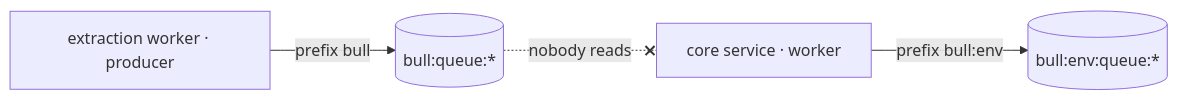
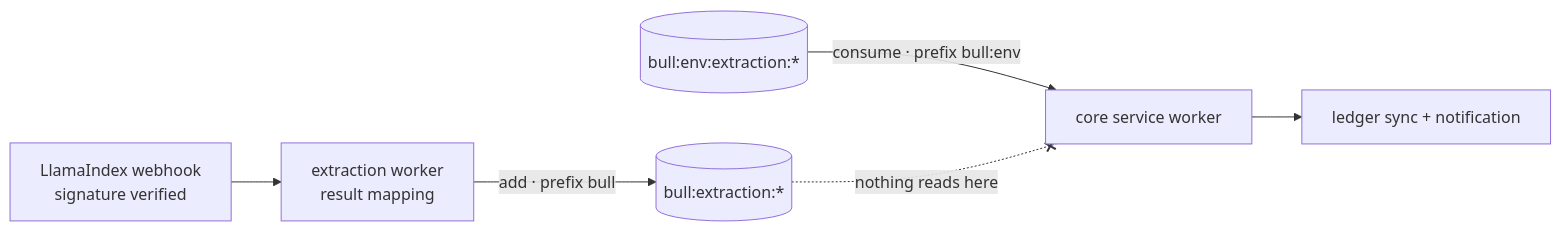
The diagram in content/writing/redis-bullmq-namespace-bug.mdx (Kesh3805/keshav-portfolio), drawn with Mermaid before and after one commit. The commit also changed other lines of this file and 5 other files, not shown here.

````diff
--- a/content/writing/redis-bullmq-namespace-bug.mdx
+++ b/content/writing/redis-bullmq-namespace-bug.mdx
@@ -31,6 +33,8 @@
 ```mermaid
 flowchart LR
-  Prod[extraction worker · producer] -->|prefix bull| K1[(bull:queue:*)]
-  API[core service · worker] -->|prefix bull:env| K2[(bull:env:queue:*)]
-  K1 -.-x|nobody reads| API
+  WH[LlamaIndex webhook<br/>signature verified] --> MAP[extraction worker<br/>result mapping]
+  MAP -->|add · prefix bull| K1[(bull:extraction:*)]
+  K2[(bull:env:extraction:*)] -->|consume · prefix bull:env| CORE[core service worker]
+  CORE --> LEDGER[ledger sync + notification]
+  K1 -.-x|nothing reads here| CORE
 ```
````
